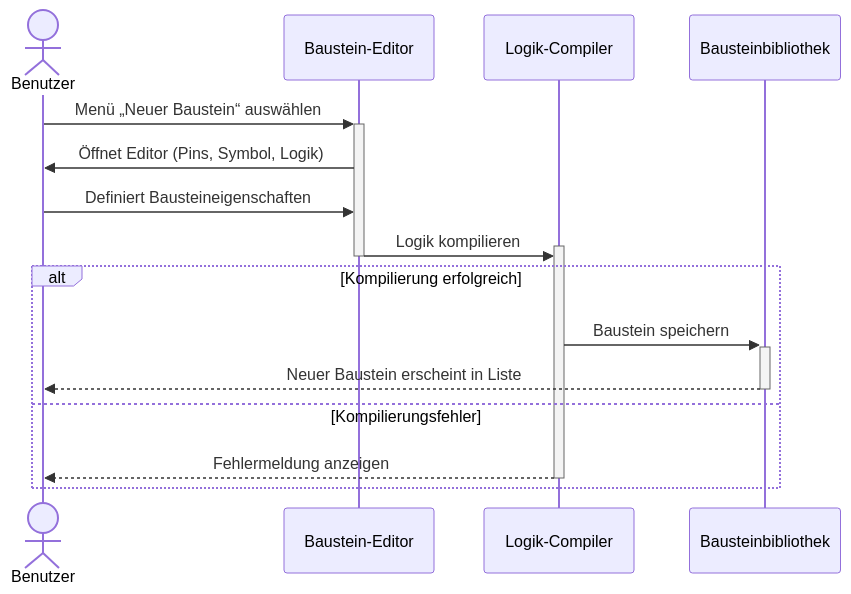
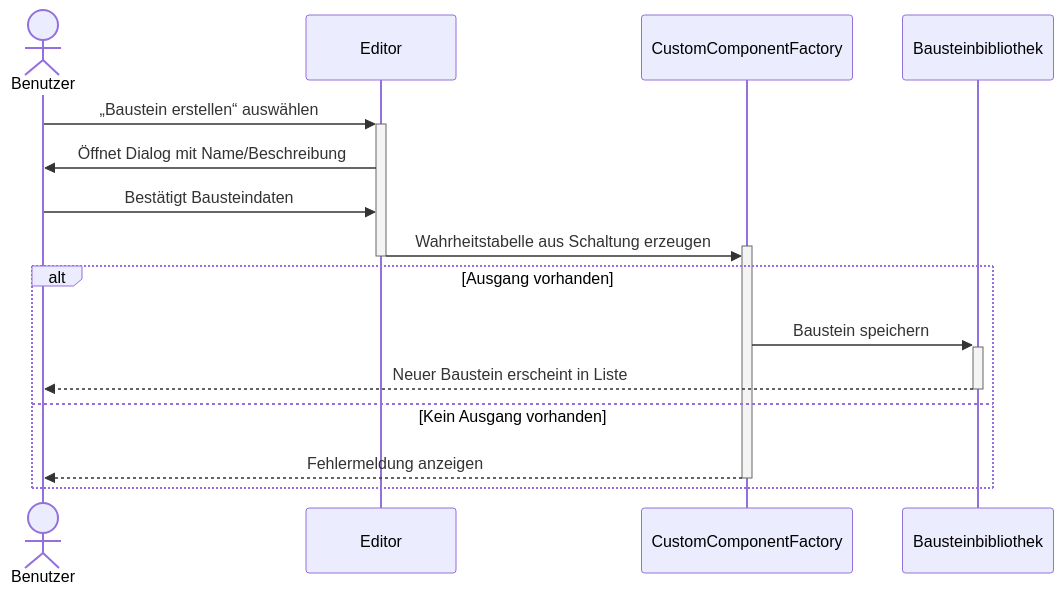
Before and after one commit to BitFlow-DHBW/BitFlow: diagram 18 of 43 in docs/use_cases/software_requirements_specification.md, drawn with Mermaid. The commit also changed other lines of this file and 9 other files, not shown here.

````diff
--- a/docs/use_cases/software_requirements_specification.md
+++ b/docs/use_cases/software_requirements_specification.md
@@ -664,19 +719,19 @@
 ```mermaid
 sequenceDiagram
     actor Benutzer
-    participant Editor as Baustein-Editor
-    participant Compiler as Logik-Compiler
+    participant Editor as Editor
+    participant Factory as CustomComponentFactory
     participant Bibliothek as Bausteinbibliothek
 
-    Benutzer ->>+ Editor: Menü „Neuer Baustein“ auswählen
-    Editor ->> Benutzer: Öffnet Editor (Pins, Symbol, Logik)
-    Benutzer ->> Editor: Definiert Bausteineigenschaften
-    Editor ->>+ Compiler: Logik kompilieren
+    Benutzer ->>+ Editor: „Baustein erstellen“ auswählen
+    Editor ->> Benutzer: Öffnet Dialog mit Name/Beschreibung
+    Benutzer ->> Editor: Bestätigt Bausteindaten
+    Editor ->>+ Factory: Wahrheitstabelle aus Schaltung erzeugen
     deactivate Editor
-    alt Kompilierung erfolgreich
-        Compiler ->>+ Bibliothek: Baustein speichern
+    alt Ausgang vorhanden
+        Factory ->>+ Bibliothek: Baustein speichern
         Bibliothek -->>- Benutzer: Neuer Baustein erscheint in Liste
-    else Kompilierungsfehler
-        Compiler -->>- Benutzer: Fehlermeldung anzeigen
+    else Kein Ausgang vorhanden
+        Factory -->>- Benutzer: Fehlermeldung anzeigen
     end
 ```
````
